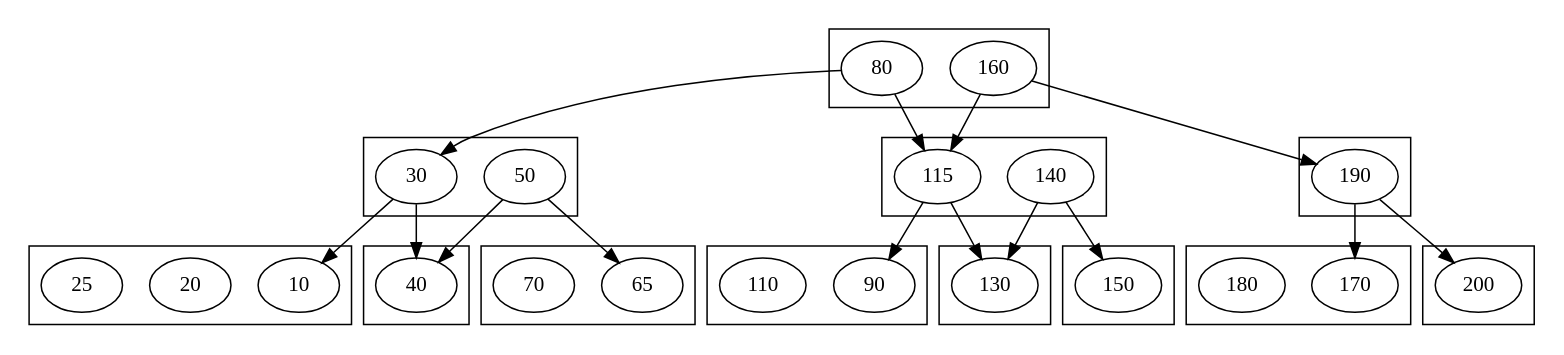
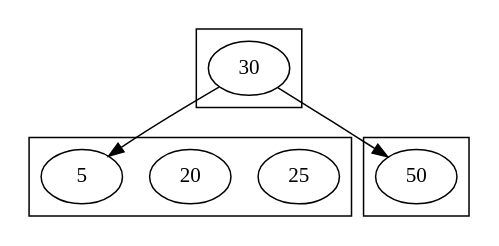
The diagram in aisd/lab4b/tree_pic.dot (kargamant/my_labs), drawn with Graphviz before and after one commit. The commit also changed 4 other files, not shown here.

```diff
--- a/aisd/lab4b/tree_pic.dot
+++ b/aisd/lab4b/tree_pic.dot
@@ -1,60 +1,15 @@
 digraph {
-subgraph cluster_41 {
-80
-160
+subgraph cluster_19 {
+25
+20
+5
 }
-80->30
-80->115
-160->115
-160->190
-subgraph cluster_42 {
-30
+subgraph cluster_20 {
 50
 }
-30->10
-30->40
-50->40
-50->65
-subgraph cluster_43 {
-10
-20
-25
+subgraph cluster_18 {
+30
 }
-subgraph cluster_44 {
-40
+30->5
+30->50
 }
-subgraph cluster_45 {
-65
-70
-}
-subgraph cluster_46 {
-115
-140
-}
-115->90
-115->130
-140->130
-140->150
-subgraph cluster_47 {
-90
-110
-}
-subgraph cluster_48 {
-130
-}
-subgraph cluster_49 {
-150
-}
-subgraph cluster_50 {
-190
-}
-190->170
-190->200
-subgraph cluster_51 {
-170
-180
-}
-subgraph cluster_52 {
-200
-}
-}
```
